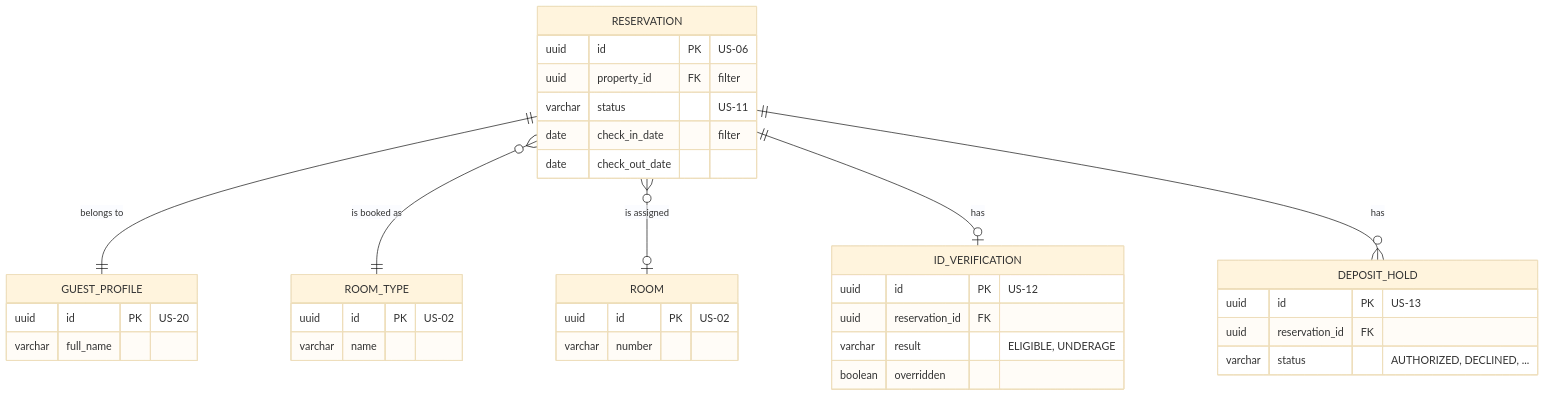
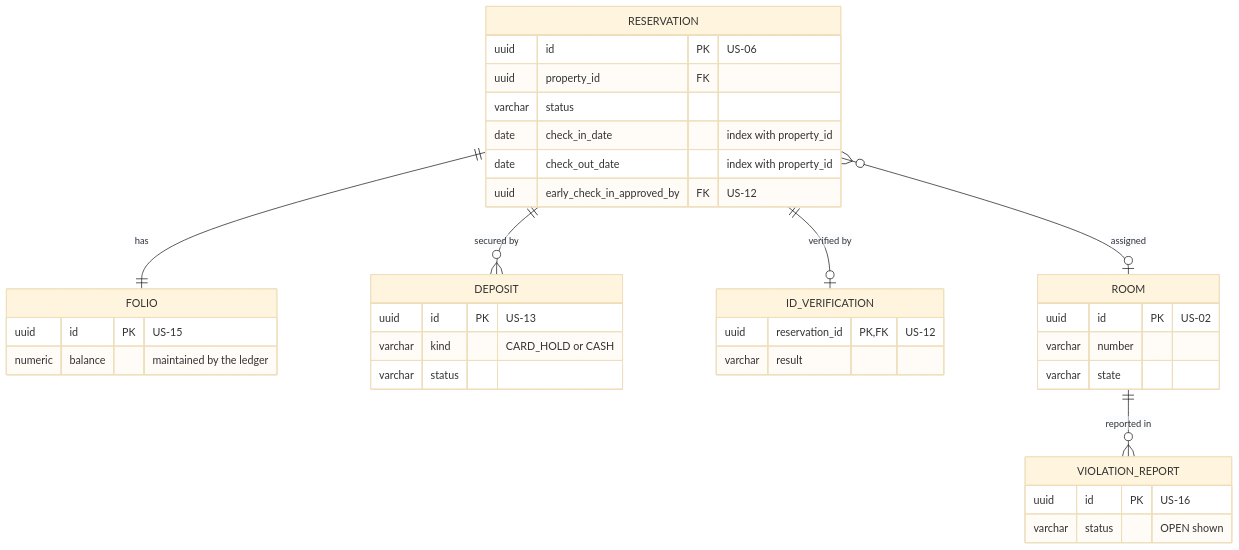
One commit to BraceroInSabot/Motel-Starmie changed the second of 3 diagrams in docs/Initial Requirements/Diagrams/US-10 - Front Desk Dashboard.md. Above: the diagram before and after it, drawn with Mermaid (base theme). The commit also changed other lines of this file and 51 other files, not shown here.

````diff
--- a/docs/Initial Requirements/Diagrams/US-10 - Front Desk Dashboard.md
+++ b/docs/Initial Requirements/Diagrams/US-10 - Front Desk Dashboard.md
@@ -125,39 +138,39 @@
 ```mermaid
 erDiagram
-    RESERVATION ||--|| GUEST_PROFILE : "belongs to"
-    RESERVATION }o--|| ROOM_TYPE : "is booked as"
-    RESERVATION }o--o| ROOM : "is assigned"
-    RESERVATION ||--o| ID_VERIFICATION : "has"
-    RESERVATION ||--o{ DEPOSIT_HOLD : "has"
+    RESERVATION ||--|| FOLIO : "has"
+    RESERVATION ||--o{ DEPOSIT : "secured by"
+    RESERVATION ||--o| ID_VERIFICATION : "verified by"
+    ROOM ||--o{ VIOLATION_REPORT : "reported in"
+    RESERVATION }o--o| ROOM : "assigned"
 
     RESERVATION {
         uuid id PK "US-06"
-        uuid property_id FK "filter"
-        varchar status "US-11"
-        date check_in_date "filter"
-        date check_out_date
+        uuid property_id FK
+        varchar status
+        date check_in_date "index with property_id"
+        date check_out_date "index with property_id"
+        uuid early_check_in_approved_by FK "US-12"
     }
-    GUEST_PROFILE {
-        uuid id PK "US-20"
-        varchar full_name
+    DEPOSIT {
+        uuid id PK "US-13"
+        varchar kind "CARD_HOLD or CASH"
+        varchar status
     }
-    ROOM_TYPE {
-        uuid id PK "US-02"
-        varchar name
+    ID_VERIFICATION {
+        uuid reservation_id PK, FK "US-12"
+        varchar result
+    }
+    FOLIO {
+        uuid id PK "US-15"
+        numeric balance "maintained by the ledger"
+    }
+    VIOLATION_REPORT {
+        uuid id PK "US-16"
+        varchar status "OPEN shown"
     }
     ROOM {
         uuid id PK "US-02"
         varchar number
-    }
-    ID_VERIFICATION {
-        uuid id PK "US-12"
-        uuid reservation_id FK
-        varchar result "ELIGIBLE, UNDERAGE"
-        boolean overridden
-    }
-    DEPOSIT_HOLD {
-        uuid id PK "US-13"
-        uuid reservation_id FK
-        varchar status "AUTHORIZED, DECLINED, ..."
+        varchar state
     }
 ```
````
